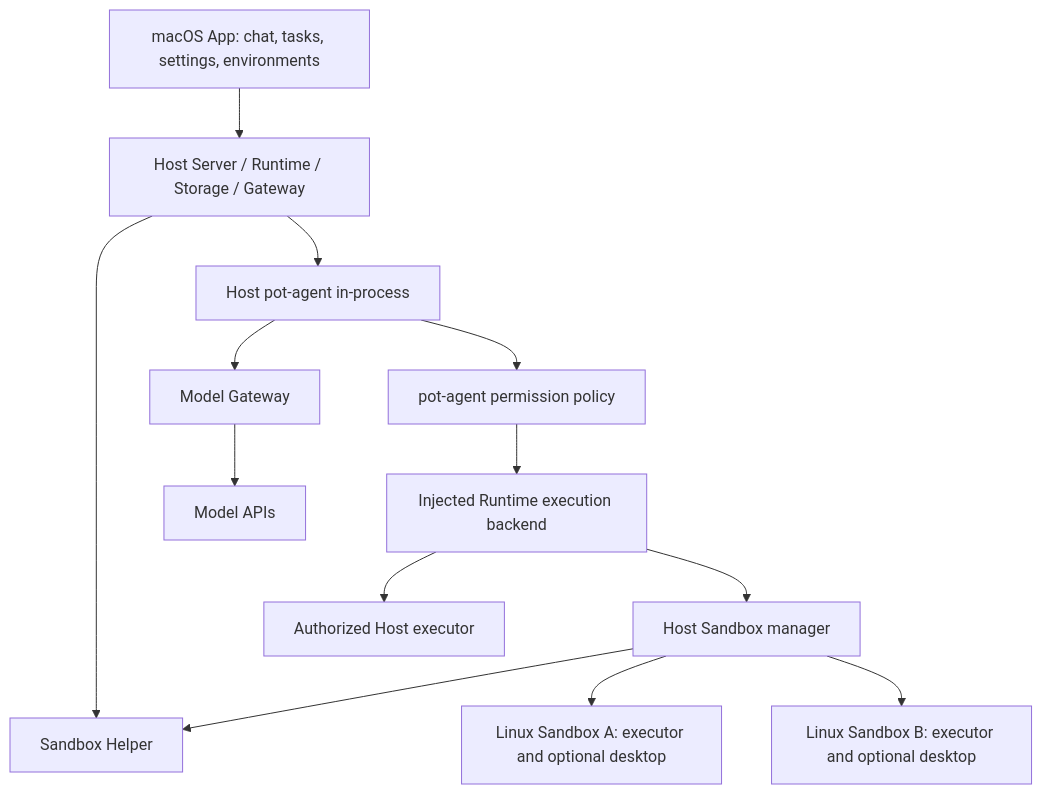
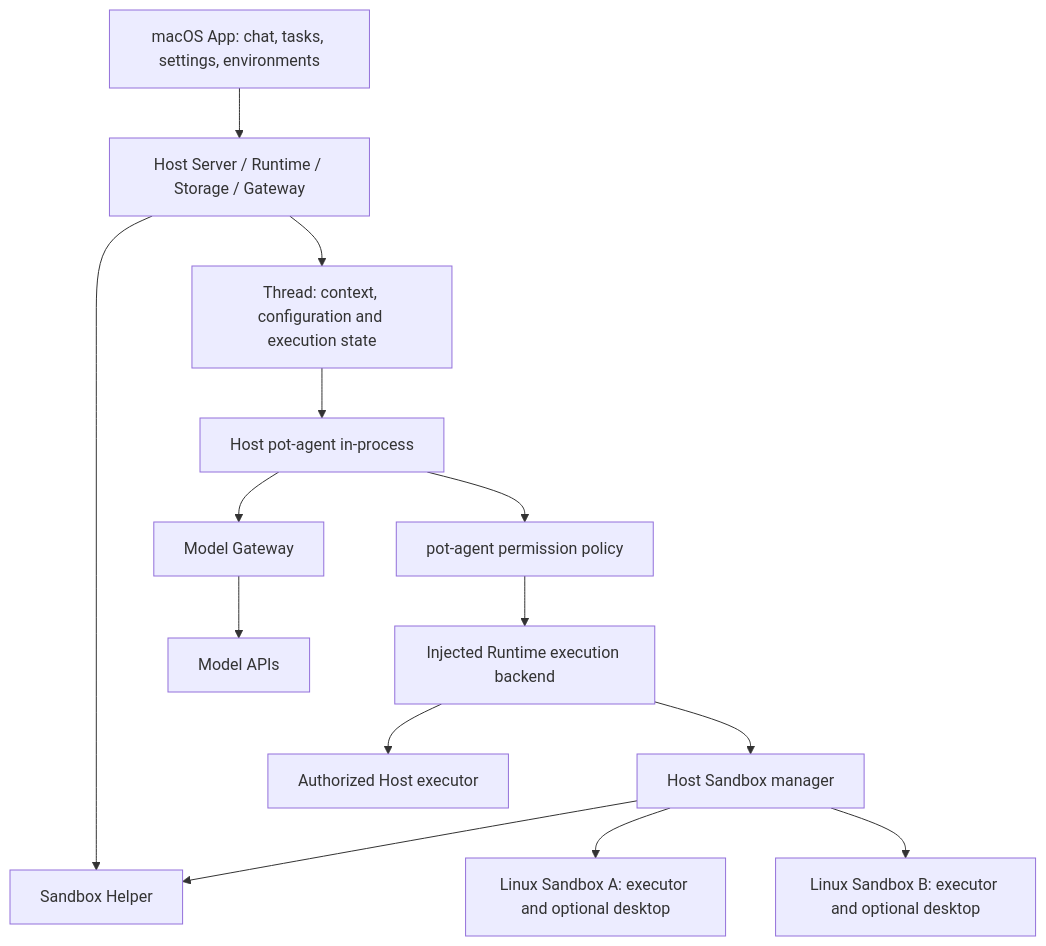
Before and after one commit to jjyr/pot: the diagram in docs/architecture.md, drawn with Mermaid. The commit also changed other lines of this file and 82 other files, not shown here.

Commit message:
Refactor threads to own context and execute Pot Agent directly

````diff
--- a/docs/architecture.md
+++ b/docs/architecture.md
@@ -7,15 +7,16 @@
 ```mermaid
 flowchart TB
     App[macOS App: chat, tasks, settings, environments] --> Server[Host Server / Runtime / Storage / Gateway]
     Server --> Helper[Sandbox Helper]
-    Server --> Pot[Host pot-agent in-process]
+    Server --> Thread[Thread: context, configuration and execution state]
+    Thread --> Pot[Host pot-agent in-process]
     Pot --> Gateway[Model Gateway]
     Gateway --> APIs[Model APIs]
     Pot --> Permission[pot-agent permission policy]
     Permission --> Tools[Injected Runtime execution backend]
     Tools --> Host[Authorized Host executor]
     Tools --> Manager[Host Sandbox manager]
     Manager --> Helper
     Manager --> A[Linux Sandbox A: executor and optional desktop]
     Manager --> B[Linux Sandbox B: executor and optional desktop]
 ```
````
